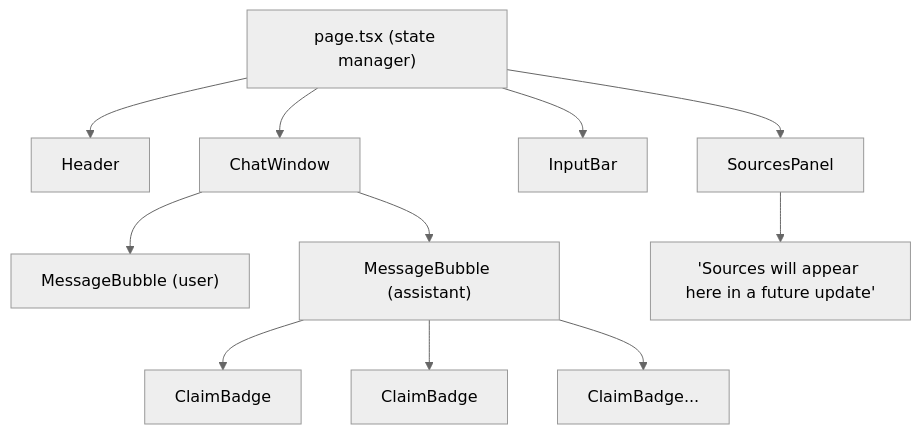
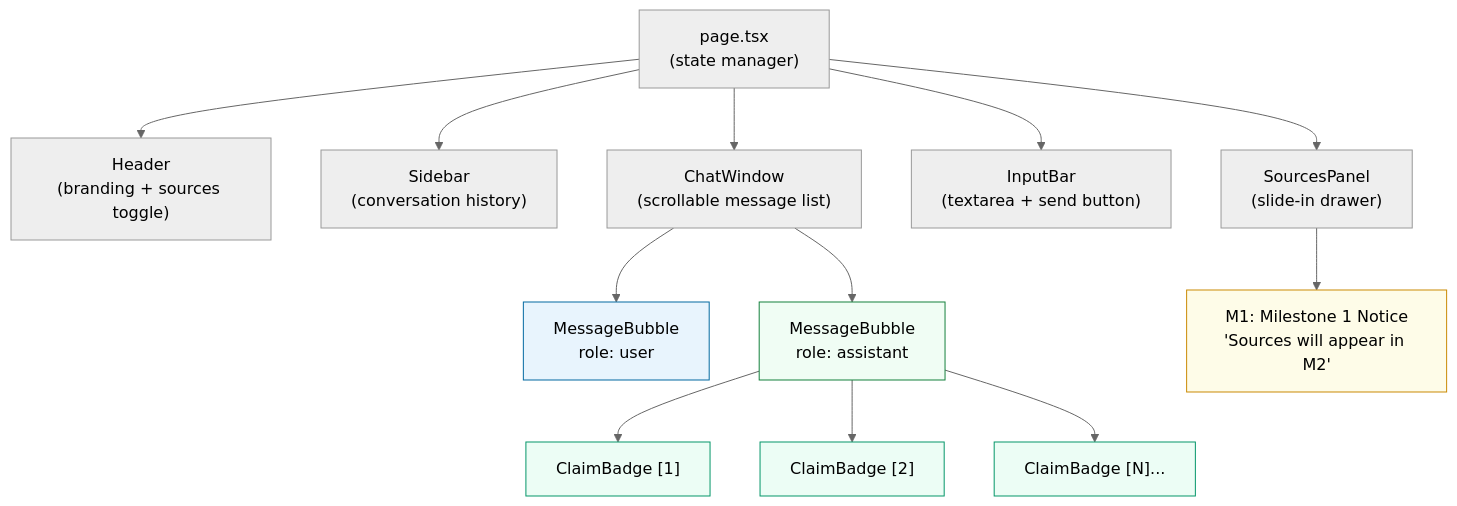
The third of 4 diagrams in docs/implementation-plan.md (TheAlphaBA/Nutrition-app), drawn with Mermaid (neutral theme) before and after one commit. The commit also changed other lines of this file and 6 other files, not shown here.

First line of the commit message:
docs: upgrade all markdown files with rich Mermaid diagrams for better understanding

````diff
--- a/docs/implementation-plan.md
+++ b/docs/implementation-plan.md
@@ -406,16 +409,24 @@
 ```mermaid
 flowchart TB
-    Page["page.tsx (state manager)"]
-    Page --> Header["Header"]
-    Page --> CW["ChatWindow"]
-    Page --> IB["InputBar"]
-    Page --> SP["SourcesPanel"]
+    Page["page.tsx\n(state manager)"]
+    Page --> Header["Header\n(branding + sources toggle)"]
+    Page --> Sidebar["Sidebar\n(conversation history)"]
+    Page --> CW["ChatWindow\n(scrollable message list)"]
+    Page --> IB["InputBar\n(textarea + send button)"]
+    Page --> SP["SourcesPanel\n(slide-in drawer)"]    
 
-    CW --> MB_U["MessageBubble (user)"]
-    CW --> MB_A["MessageBubble (assistant)"]
-    MB_A --> CB1["ClaimBadge"]
-    MB_A --> CB2["ClaimBadge"]
-    MB_A --> CBn["ClaimBadge..."]
+    CW --> MB_U["MessageBubble\nrole: user"]
+    CW --> MB_A["MessageBubble\nrole: assistant"]
+    MB_A --> CB1["ClaimBadge [1]"]
+    MB_A --> CB2["ClaimBadge [2]"]
+    MB_A --> CBn["ClaimBadge [N]..."]
 
-    SP --> Placeholder["'Sources will appear here in a future update'"]
+    SP --> Placeholder["M1: Milestone 1 Notice\n'Sources will appear in M2'"]
+
+    style MB_U fill:#e8f4fd,stroke:#0369a1,color:#000
+    style MB_A fill:#f0fdf4,stroke:#15803d,color:#000
+    style CB1 fill:#ecfdf5,stroke:#059669,color:#000
+    style CB2 fill:#ecfdf5,stroke:#059669,color:#000
+    style CBn fill:#ecfdf5,stroke:#059669,color:#000
+    style Placeholder fill:#fefce8,stroke:#ca8a04,color:#000
 ```
````
